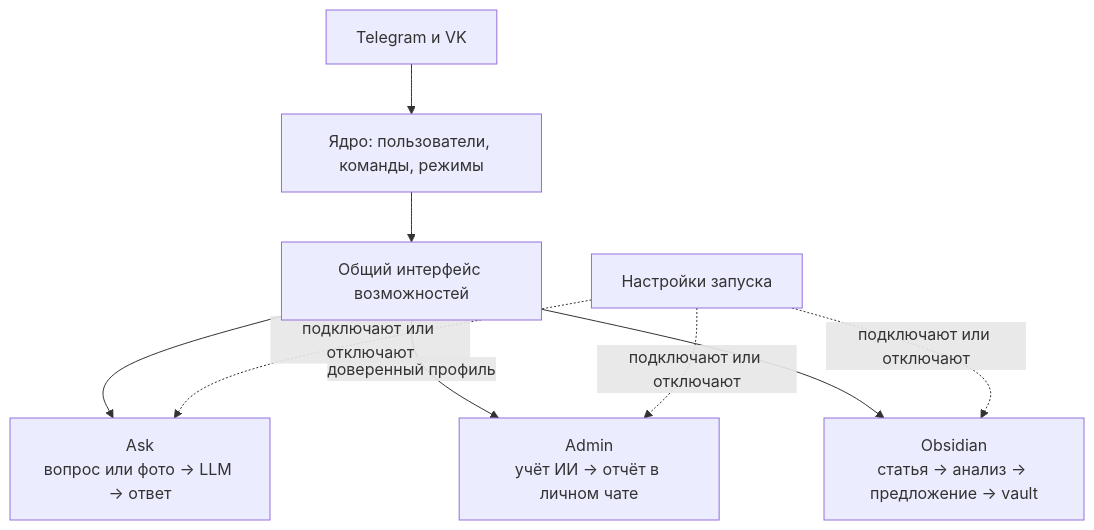
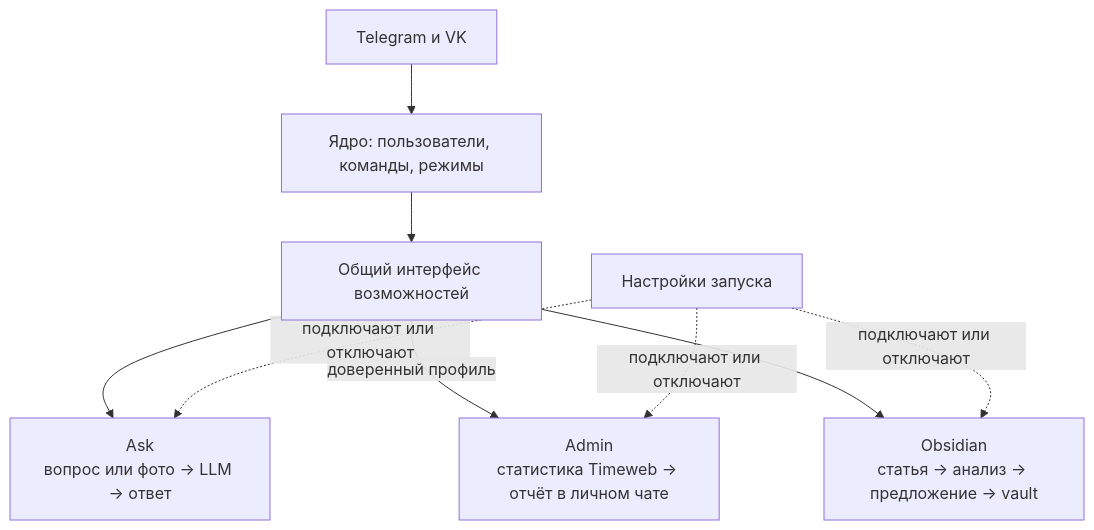
One commit to karateka-git/compadre-assistant changed the first of 3 diagrams in README.md. Above: the diagram before and after it, drawn with Mermaid. The commit also changed other lines of this file and 12 other files, not shown here.

````diff
--- a/README.md
+++ b/README.md
@@ -52,11 +53,11 @@
 ```mermaid
 flowchart TB
     Channels[Telegram и VK] --> Core[Ядро: пользователи, команды, режимы]
     Core --> Ports[Общий интерфейс возможностей]
     Ports --> Ask["Ask<br/>вопрос или фото → LLM → ответ"]
-    Ports -->|доверенный профиль| Admin["Admin<br/>учёт ИИ → отчёт в личном чате"]
+    Ports -->|доверенный профиль| Admin["Admin<br/>статистика Timeweb → отчёт в личном чате"]
     Ports --> Obsidian["Obsidian<br/>статья → анализ → предложение → vault"]
     Config[Настройки запуска] -. подключают или отключают .-> Ask
     Config -. подключают или отключают .-> Admin
     Config -. подключают или отключают .-> Obsidian
 ```
````
